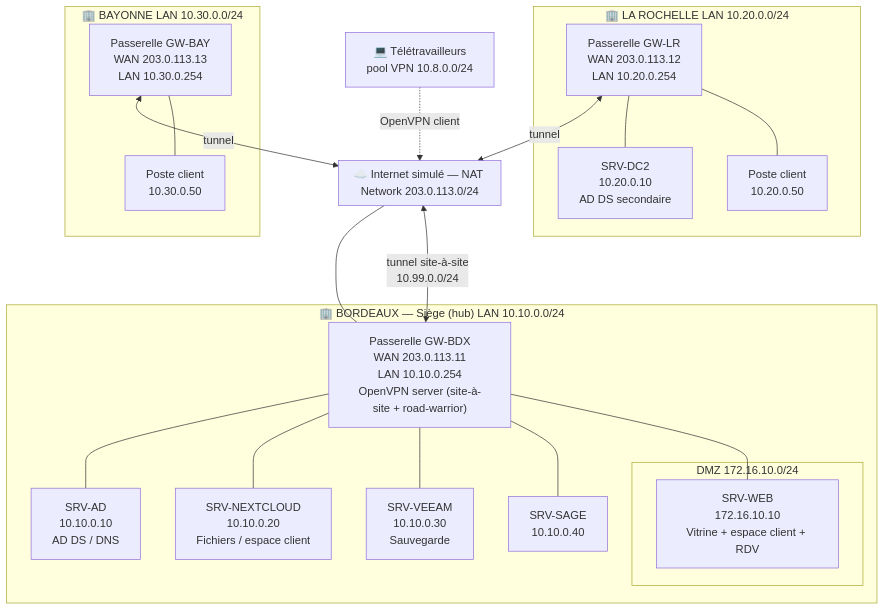
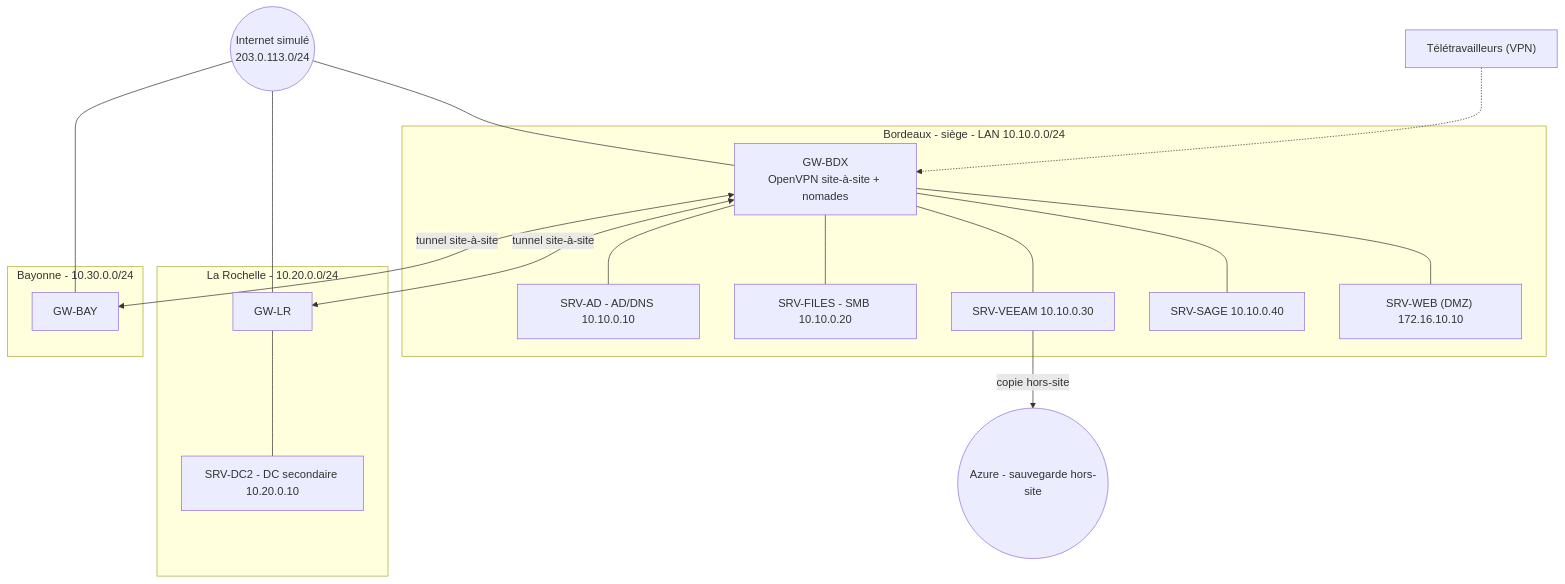
The first of 2 diagrams in README.md (Orka16/Fiducis-Groupe-4), drawn with Mermaid before and after one commit. The commit also changed other lines of this file, not shown here.

````diff
--- a/README.md
+++ b/README.md
@@ -130,38 +24,27 @@
 ```mermaid
 flowchart TB
-    subgraph INET["☁️ Internet simulé — NAT Network 203.0.113.0/24"]
+    INET(("Internet simulé<br/>203.0.113.0/24"))
+    subgraph BDX["Bordeaux - siège - LAN 10.10.0.0/24"]
+        GW["GW-BDX<br/>OpenVPN site-à-site + nomades"]
+        AD["SRV-AD - AD/DNS 10.10.0.10"]
+        FILES["SRV-FILES - SMB 10.10.0.20"]
+        VEEAM["SRV-VEEAM 10.10.0.30"]
+        SAGE["SRV-SAGE 10.10.0.40"]
+        WEB["SRV-WEB (DMZ) 172.16.10.10"]
     end
-
-    subgraph BDX["🏢 BORDEAUX — Siège (hub)  LAN 10.10.0.0/24"]
-        GWB["Passerelle GW-BDX<br/>WAN 203.0.113.11<br/>LAN 10.10.0.254<br/>OpenVPN server (site-à-site + road-warrior)"]
-        AD["SRV-AD<br/>10.10.0.10<br/>AD DS / DNS"]
-        NC["SRV-NEXTCLOUD<br/>10.10.0.20<br/>Fichiers / espace client"]
-        VEEAM["SRV-VEEAM<br/>10.10.0.30<br/>Sauvegarde"]
-        SAGE["SRV-SAGE<br/>10.10.0.40"]
-        subgraph DMZ["DMZ 172.16.10.0/24"]
-            WEB["SRV-WEB<br/>172.16.10.10<br/>Vitrine + espace client + RDV"]
-        end
+    subgraph LR["La Rochelle - 10.20.0.0/24"]
+        GWL["GW-LR"]
+        DC2["SRV-DC2 - DC secondaire 10.20.0.10"]
     end
-
-    subgraph LR["🏢 LA ROCHELLE  LAN 10.20.0.0/24"]
-        GWL["Passerelle GW-LR<br/>WAN 203.0.113.12<br/>LAN 10.20.0.254"]
-        DC2["SRV-DC2<br/>10.20.0.10<br/>AD DS secondaire"]
-        CLR["Poste client<br/>10.20.0.50"]
+    subgraph BAY["Bayonne - 10.30.0.0/24"]
+        GWY["GW-BAY"]
     end
-
-    subgraph BAY["🏢 BAYONNE  LAN 10.30.0.0/24"]
-        GWY["Passerelle GW-BAY<br/>WAN 203.0.113.13<br/>LAN 10.30.0.254"]
-        CBAY["Poste client<br/>10.30.0.50"]
-    end
-
-    TT["💻 Télétravailleurs<br/>pool VPN 10.8.0.0/24"]
-
-    GWB <-->|"tunnel site-à-site<br/>10.99.0.0/24"| INET
-    GWL <-->|tunnel| INET
-    GWY <-->|tunnel| INET
-    TT  -.->|OpenVPN client| INET
-    INET --- GWB
-    GWB --- AD & NC & VEEAM & SAGE & WEB
-    GWL --- DC2 & CLR
-    GWY --- CBAY
+    AZ(("Azure - sauvegarde hors-site"))
+    INET --- GW & GWL & GWY
+    GW --- AD & FILES & VEEAM & SAGE & WEB
+    GWL --- DC2
+    GW <-->|tunnel site-à-site| GWL
+    GW <-->|tunnel site-à-site| GWY
+    NOM["Télétravailleurs (VPN)"] -.-> GW
+    VEEAM -->|copie hors-site| AZ
 ```
````
